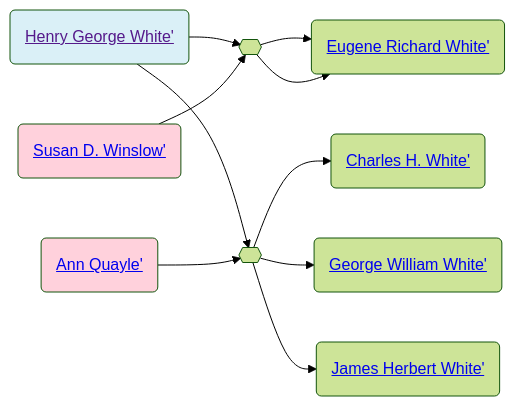
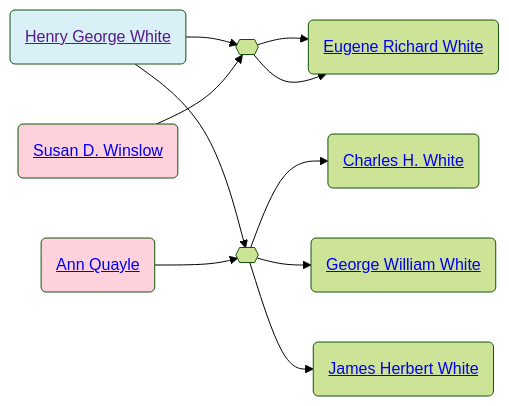
Before and after one commit to neelsmith/avocational: the second of 2 diagrams in familyhistory/sources/people/Merrill-line/White-line/Henry_George_White.qmd, drawn with Mermaid (forest theme). The commit also changed other lines of this file and 96 other files, not shown here.

````diff
--- a/familyhistory/sources/people/Merrill-line/White-line/Henry_George_White.qmd
+++ b/familyhistory/sources/people/Merrill-line/White-line/Henry_George_White.qmd
@@ -58,29 +58,29 @@
 ```{mermaid}
 graph LR
 %% LR descendant diagram
 class Henry_George_White_and_Susan_D._Winslow marriage
-Henry_George_White(<a href=''>Henry George White'</>) --> Henry_George_White_and_Susan_D._Winslow{{ }}
-Susan_D._Winslow(<a href='./Susan_D._Winslow.html'>Susan D. Winslow'</>) --> Henry_George_White_and_Susan_D._Winslow{{ }}
+Henry_George_White(<a href=''>Henry George White</a>) --> Henry_George_White_and_Susan_D._Winslow{{ }}
+Susan_D._Winslow(<a href='./Susan_D._Winslow.html'>Susan D. Winslow</a>) --> Henry_George_White_and_Susan_D._Winslow{{ }}
 class Henry_George_White father
 class Susan_D._Winslow mother
-Henry_George_White_and_Susan_D._Winslow{{ }} --> Eugene_Richard_White(<a href='./Eugene_Richard_White.html'>Eugene Richard White'</>)
+Henry_George_White_and_Susan_D._Winslow{{ }} --> Eugene_Richard_White(<a href='./Eugene_Richard_White.html'>Eugene Richard White</a>)
 class Henry_George_White father
 class Susan_D._Winslow mother
-Henry_George_White_and_Susan_D._Winslow{{ }} --> Eugene_Richard_White(<a href='./Eugene_Richard_White.html'>Eugene Richard White'</>)
+Henry_George_White_and_Susan_D._Winslow{{ }} --> Eugene_Richard_White(<a href='./Eugene_Richard_White.html'>Eugene Richard White</a>)
 class Henry_George_White_and_Ann_Quayle marriage
-Henry_George_White(<a href=''>Henry George White'</>) --> Henry_George_White_and_Ann_Quayle{{ }}
-Ann_Quayle(<a href='./Ann_Quayle.html'>Ann Quayle'</>) --> Henry_George_White_and_Ann_Quayle{{ }}
+Henry_George_White(<a href=''>Henry George White</a>) --> Henry_George_White_and_Ann_Quayle{{ }}
+Ann_Quayle(<a href='./Ann_Quayle.html'>Ann Quayle</a>) --> Henry_George_White_and_Ann_Quayle{{ }}
 class Henry_George_White father
 class Ann_Quayle mother
-Henry_George_White_and_Ann_Quayle{{ }} --> Charles_H._White(<a href='./Charles_H._White.html'>Charles H. White'</>)
+Henry_George_White_and_Ann_Quayle{{ }} --> Charles_H._White(<a href='./Charles_H._White.html'>Charles H. White</a>)
 class Henry_George_White father
 class Ann_Quayle mother
-Henry_George_White_and_Ann_Quayle{{ }} --> George_William_White(<a href='./George_William_White.html'>George William White'</>)
+Henry_George_White_and_Ann_Quayle{{ }} --> George_William_White(<a href='./George_William_White.html'>George William White</a>)
 class Henry_George_White father
 class Ann_Quayle mother
-Henry_George_White_and_Ann_Quayle{{ }} --> James_Herbert_White(<a href='./James_Herbert_White.html'>James Herbert White'</>)
+Henry_George_White_and_Ann_Quayle{{ }} --> James_Herbert_White(<a href='./James_Herbert_White.html'>James Herbert White</a>)
 classDef mother fill:#ffd1dc
 classDef father fill:#daf0f7  
 classDef marriage fill:#ffffff
 
 ```
````
